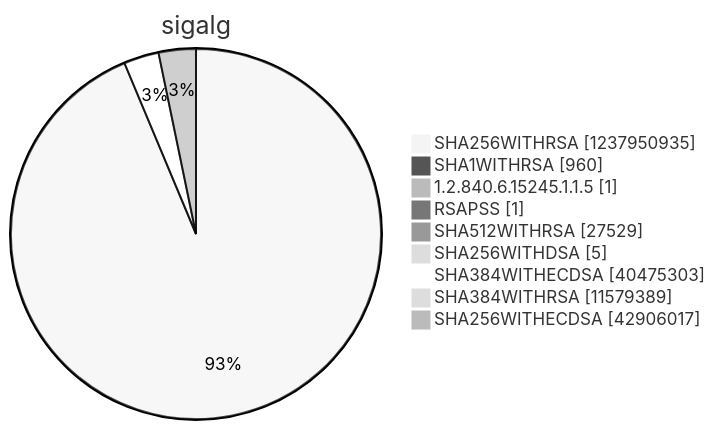
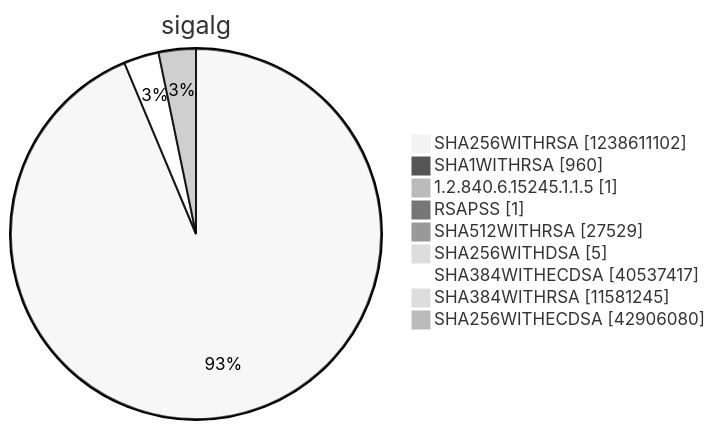
Diagram 15 of 15 in argon2022/README.md (christiankrug/ctmonitor_visualization), drawn with Mermaid (neutral theme) before and after one commit. The commit also changed other lines of this file, not shown here.

````diff
--- a/argon2022/README.md
+++ b/argon2022/README.md
@@ -5522,13 +5522,13 @@
 ```mermaid
 pie showData
 title sigalg
-"SHA256WITHRSA" :1237950935
+"SHA256WITHRSA" :1238611102
 "SHA1WITHRSA" :960
 "1.2.840.6.15245.1.1.5" :1
 "RSAPSS" :1
 "SHA512WITHRSA" :27529
 "SHA256WITHDSA" :5
-"SHA384WITHECDSA" :40475303
-"SHA384WITHRSA" :11579389
-"SHA256WITHECDSA" :42906017
+"SHA384WITHECDSA" :40537417
+"SHA384WITHRSA" :11581245
+"SHA256WITHECDSA" :42906080
 ```
````
